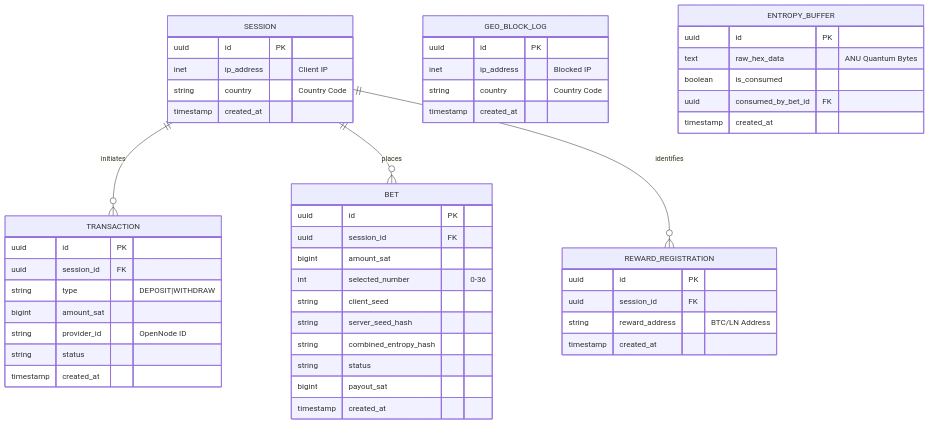
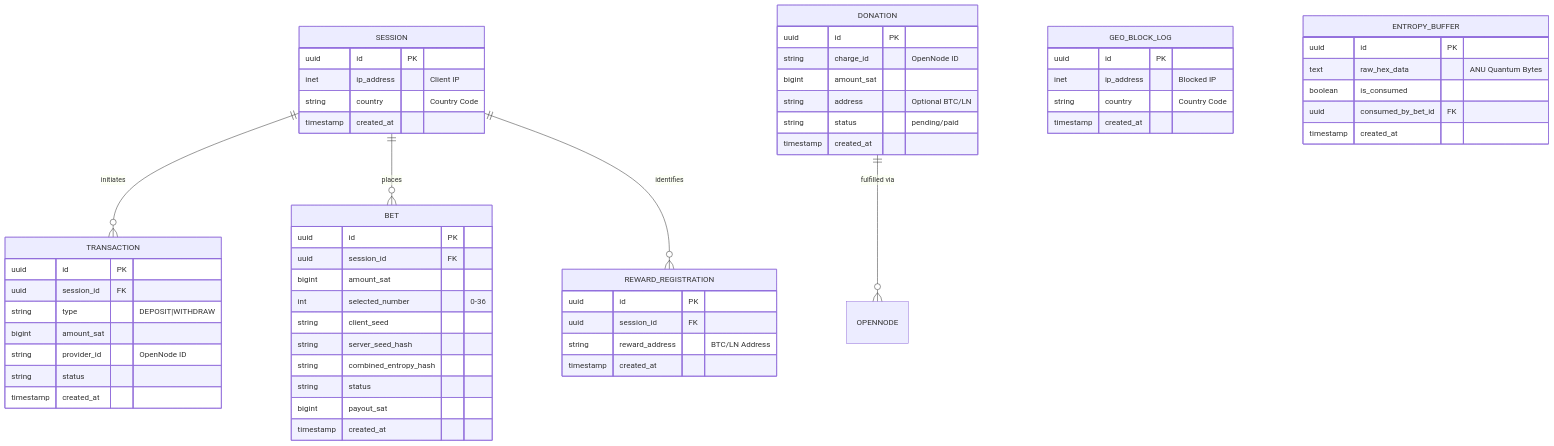
One commit to Rayo2010x/quantum-btc-backend changed the diagram in docs/03-Database/Database_Schema.md. Above: the diagram before and after it, drawn with Mermaid. The commit also changed other lines of this file and 13 other files, not shown here.

````diff
--- a/docs/03-Database/Database_Schema.md
+++ b/docs/03-Database/Database_Schema.md
@@ -10,56 +10,66 @@
 ```mermaid
 erDiagram
     SESSION ||--o{ TRANSACTION : initiates
     SESSION ||--o{ BET : places
     SESSION ||--o{ REWARD_REGISTRATION : identifies
+    DONATION ||--o{ OPENNODE : "fulfilled via"
     GEO_BLOCK_LOG {
         uuid id PK
         inet ip_address "Blocked IP"
         string country "Country Code"
         timestamp created_at
     }
     SESSION {
         uuid id PK
         inet ip_address "Client IP"
         string country "Country Code"
         timestamp created_at
     }
 
     TRANSACTION {
         uuid id PK
         uuid session_id FK
         string type "DEPOSIT|WITHDRAW"
         bigint amount_sat
         string provider_id "OpenNode ID"
         string status
         timestamp created_at
     }
 
     BET {
         uuid id PK
         uuid session_id FK
         bigint amount_sat
         int selected_number "0-36"
         string client_seed
         string server_seed_hash
         string combined_entropy_hash
         string status
         bigint payout_sat
         timestamp created_at
     }
 
     ENTROPY_BUFFER {
         uuid id PK
         text raw_hex_data "ANU Quantum Bytes"
         boolean is_consumed
         uuid consumed_by_bet_id FK
         timestamp created_at
     }
     
     REWARD_REGISTRATION {
         uuid id PK
         uuid session_id FK
         string reward_address "BTC/LN Address"
         timestamp created_at
     }
+
+    DONATION {
+        uuid id PK
+        string charge_id "OpenNode ID"
+        bigint amount_sat
+        string address "Optional BTC/LN"
+        string status "pending/paid"
+        timestamp created_at
+    }
 ```
````
